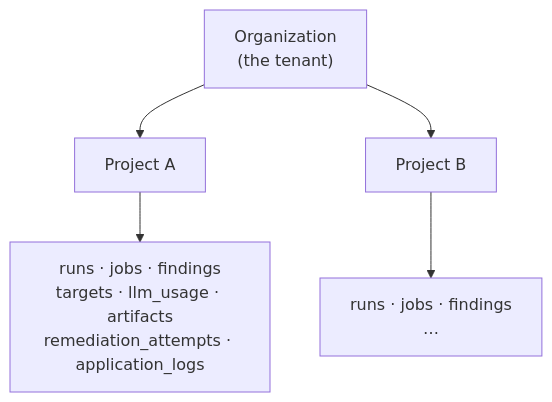
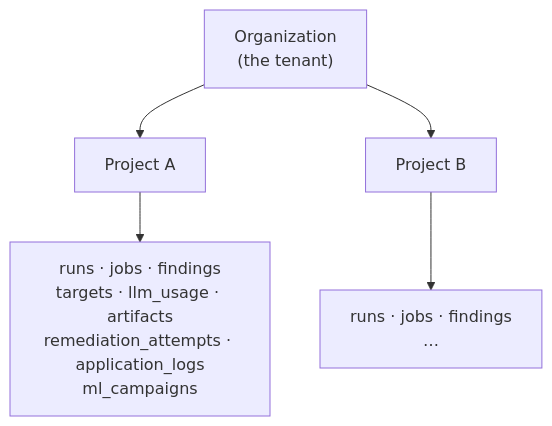
The first of 2 diagrams in docs/architecture/multi-tenancy.md (IntelliBridge/ndia-red-team-simulator), drawn with Mermaid before and after one commit. The commit also changed other lines of this file and 32 other files, not shown here.

First line of the commit message:
docs: refresh to redsim/P0 truth + Archify architecture diagrams (#20)

````diff
--- a/docs/architecture/multi-tenancy.md
+++ b/docs/architecture/multi-tenancy.md
@@ -28,8 +28,8 @@
 ```mermaid
 flowchart TD
   org["Organization<br/>(the tenant)"]
   org --> projA["Project A"]
   org --> projB["Project B"]
-  projA --> runsA["runs · jobs · findings<br/>targets · llm_usage · artifacts<br/>remediation_attempts · application_logs"]
+  projA --> runsA["runs · jobs · findings<br/>targets · llm_usage · artifacts<br/>remediation_attempts · application_logs<br/>ml_campaigns"]
   projB --> runsB["runs · jobs · findings<br/>…"]
 ```
````
